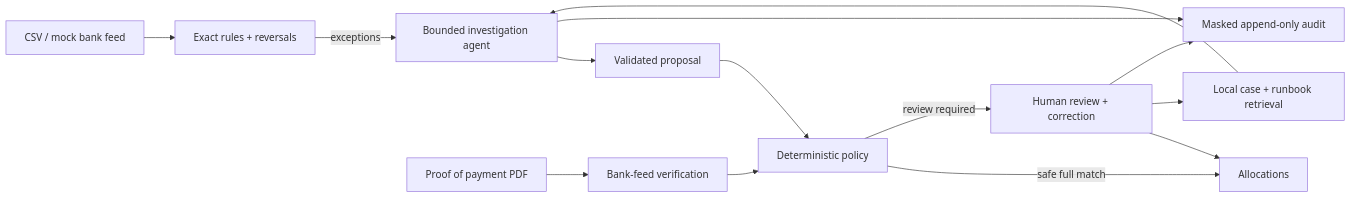
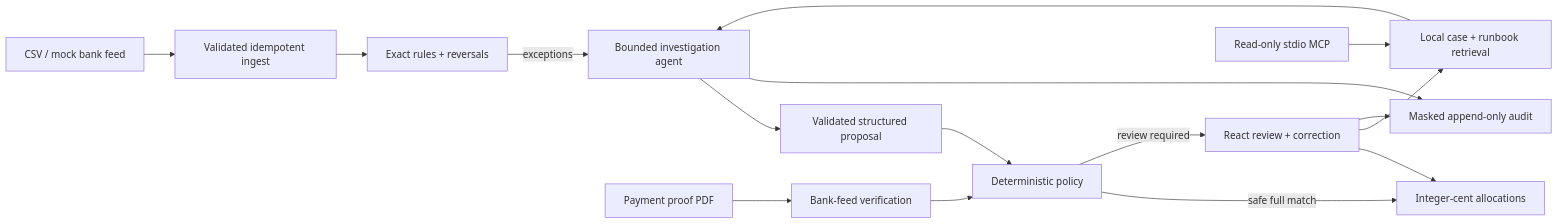
The diagram in README.md (AshishKalidas/Clearline), drawn with Mermaid before and after one commit. The commit also changed other lines of this file and 25 other files, not shown here.

Commit message:
M9: masked read-only MCP, one-command demo and portfolio documentation

````diff
--- a/README.md
+++ b/README.md
@@ -19,16 +48,18 @@
 ```mermaid
 flowchart LR
-    CSV[CSV / mock bank feed] --> Rules[Exact rules + reversals]
+    CSV[CSV / mock bank feed] --> Ingest[Validated idempotent ingest]
+    Ingest --> Rules[Exact rules + reversals]
     Rules -->|exceptions| Agent[Bounded investigation agent]
-    History[Local case + runbook retrieval] --> Agent
-    Agent --> Proposal[Validated proposal]
+    Retrieval[Local case + runbook retrieval] --> Agent
+    Agent --> Proposal[Validated structured proposal]
     Proposal --> Policy[Deterministic policy]
-    Policy -->|safe full match| Ledger[Allocations]
-    Policy -->|review required| Human[Human review + correction]
+    Policy -->|safe full match| Ledger[Integer-cent allocations]
+    Policy -->|review required| Human[React review + correction]
     Human --> Ledger
-    Human --> History
-    PDF[Proof of payment PDF] --> Verify[Bank-feed verification]
+    Human --> Retrieval
+    PDF[Payment proof PDF] --> Verify[Bank-feed verification]
     Verify --> Policy
     Agent --> Audit[Masked append-only audit]
     Human --> Audit
+    MCP[Read-only stdio MCP] --> Retrieval
 ```
````
